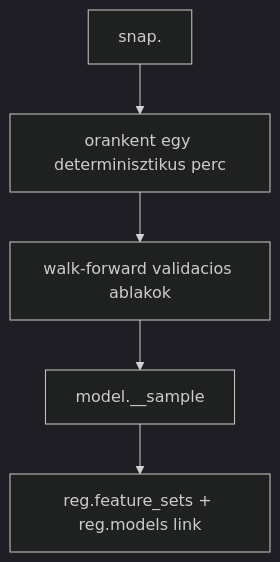
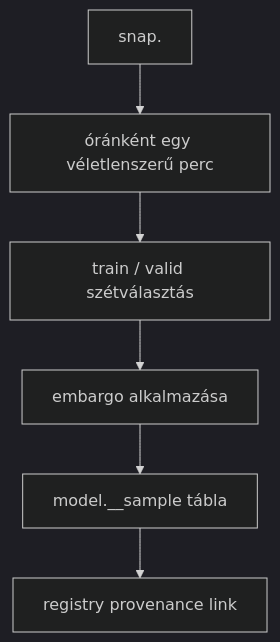
One commit to Nemesis14/chronoquant changed the first of 5 diagrams in _doc_/methodology_doc/5400_sampling.md. Above: the diagram before and after it, drawn with Mermaid (dark theme). The commit also changed other lines of this file and 1415 other files, not shown here.

````diff
--- a/_doc_/methodology_doc/5400_sampling.md
+++ b/_doc_/methodology_doc/5400_sampling.md
@@ -10,10 +15,11 @@
 ```mermaid
 flowchart TD
   SNAP[snap.<snapshot_id>]
-  HOUR[orankent egy determinisztikus perc]
-  FOLDS[walk-forward validacios ablakok]
-  SAMPLE[model.<model_id>__sample]
-  REG[reg.feature_sets + reg.models link]
+  HOUR[óránként egy véletlenszerű perc]
+  SPLIT[train / valid szétválasztás]
+  EMBARGO[embargo alkalmazása]
+  SAMPLE[model.__sample tábla]
+  REG[registry provenance link]
 
-  SNAP --> HOUR --> FOLDS --> SAMPLE --> REG
+  SNAP --> HOUR --> SPLIT --> EMBARGO --> SAMPLE --> REG
 ```
````
